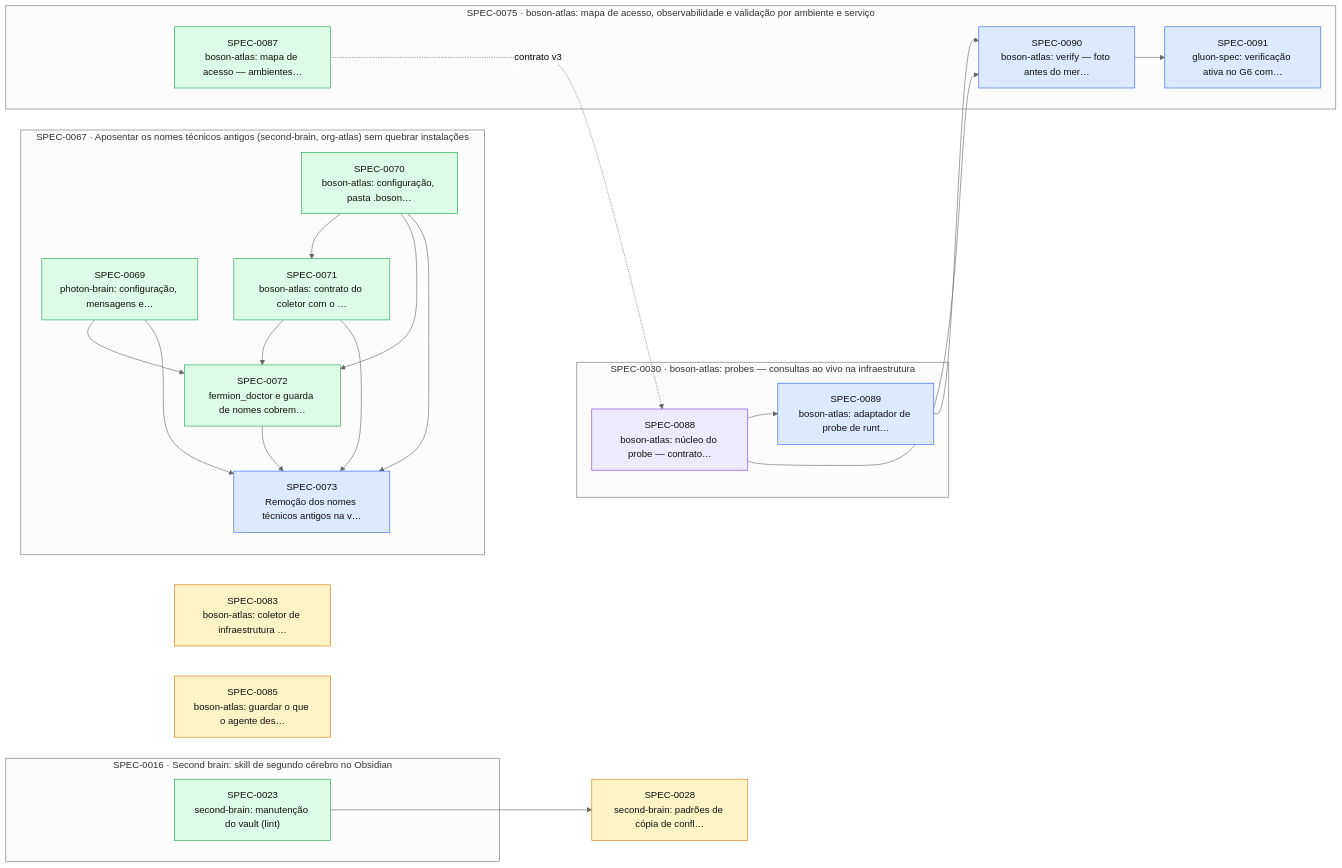
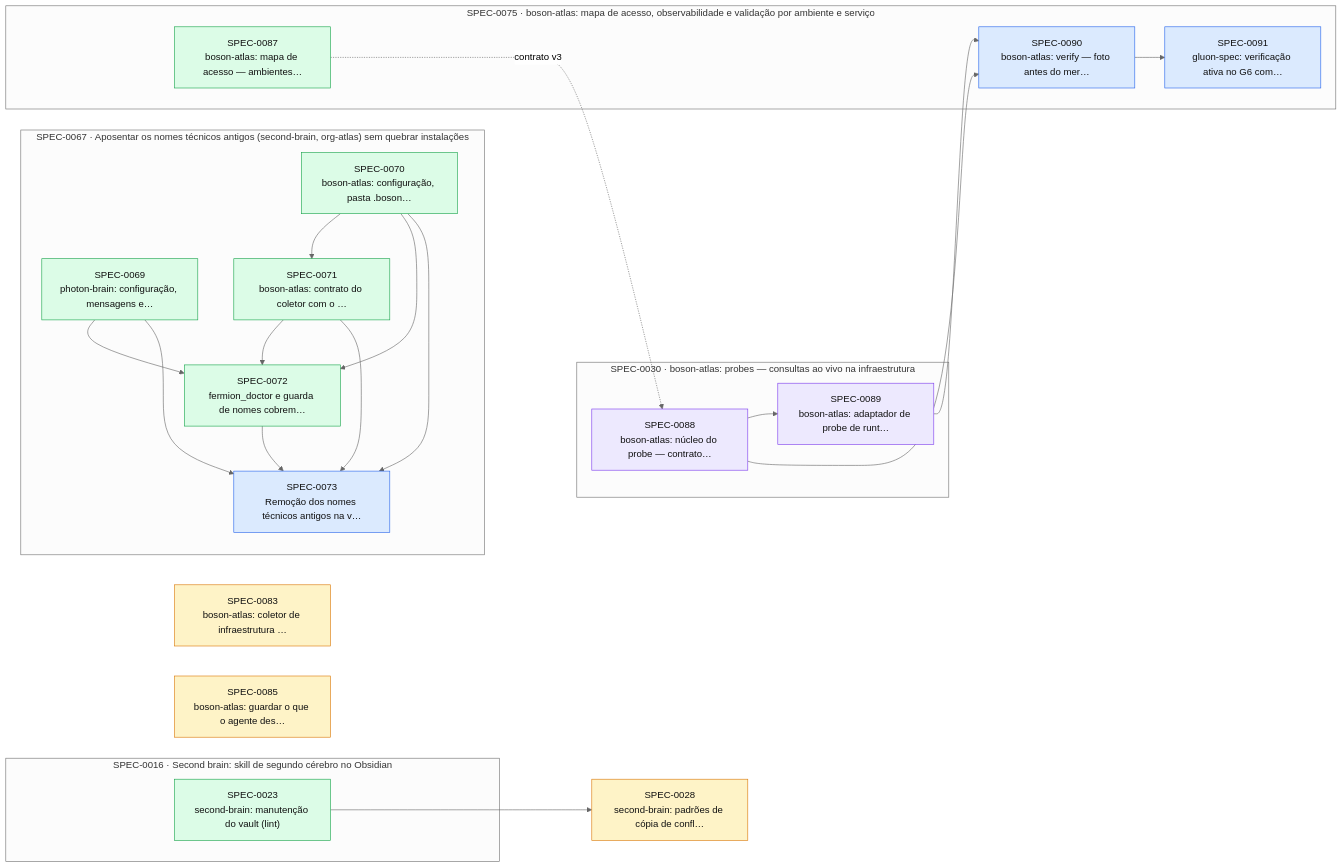
The diagram in docs/specs/INDEX.md (thomasravache/ai-dev-brain), drawn with Mermaid (neutral theme) before and after one commit. The commit also changed other lines of this file and 1 other file, not shown here.

First line of the commit message:
docs(specs): planeja a implementação da SPEC-0089

````diff
--- a/docs/specs/INDEX.md
+++ b/docs/specs/INDEX.md
@@ -67,44 +67,44 @@
 ```mermaid
 flowchart LR
   S0028["SPEC-0028<br/>second-brain: padrões de cópia de confl…"]:::proposed
   S0083["SPEC-0083<br/>boson-atlas: coletor de infraestrutura …"]:::proposed
   S0085["SPEC-0085<br/>boson-atlas: guardar o que o agente des…"]:::proposed
   subgraph E0016["SPEC-0016 · Second brain: skill de segundo cérebro no Obsidian"]
     S0023["SPEC-0023<br/>second-brain: manutenção do vault (lint)"]:::implemented
   end
   subgraph E0030["SPEC-0030 · boson-atlas: probes — consultas ao vivo na infraestrutura"]
     S0088["SPEC-0088<br/>boson-atlas: núcleo do probe — contrato…"]:::inprogress
-    S0089["SPEC-0089<br/>boson-atlas: adaptador de probe de runt…"]:::approved
+    S0089["SPEC-0089<br/>boson-atlas: adaptador de probe de runt…"]:::inprogress
   end
   subgraph E0067["SPEC-0067 · Aposentar os nomes técnicos antigos (second-brain, org-atlas) sem quebrar instalações"]
     S0069["SPEC-0069<br/>photon-brain: configuração, mensagens e…"]:::implemented
     S0070["SPEC-0070<br/>boson-atlas: configuração, pasta .boson…"]:::implemented
     S0071["SPEC-0071<br/>boson-atlas: contrato do coletor com o …"]:::implemented
     S0072["SPEC-0072<br/>fermion_doctor e guarda de nomes cobrem…"]:::implemented
     S0073["SPEC-0073<br/>Remoção dos nomes técnicos antigos na v…"]:::approved
   end
   subgraph E0075["SPEC-0075 · boson-atlas: mapa de acesso, observabilidade e validação por ambiente e serviço"]
     S0087["SPEC-0087<br/>boson-atlas: mapa de acesso — ambientes…"]:::implemented
     S0090["SPEC-0090<br/>boson-atlas: verify — foto antes do mer…"]:::approved
     S0091["SPEC-0091<br/>gluon-spec: verificação ativa no G6 com…"]:::approved
   end
   S0023 --> S0028
   S0070 --> S0071
   S0069 --> S0072
   S0070 --> S0072
   S0071 --> S0072
   S0069 --> S0073
   S0070 --> S0073
   S0071 --> S0073
   S0072 --> S0073
   S0087 -. contrato v3 .-> S0088
   S0088 --> S0089
   S0088 --> S0090
   S0089 --> S0090
   S0090 --> S0091
   classDef proposed fill:#fef3c7,stroke:#d97706,color:#111
   classDef approved fill:#dbeafe,stroke:#2563eb,color:#111
   classDef inprogress fill:#ede9fe,stroke:#7c3aed,color:#111
   classDef implemented fill:#dcfce7,stroke:#16a34a,color:#111
   classDef deprecated fill:#f3f4f6,stroke:#9ca3af,color:#6b7280
 ```
````
